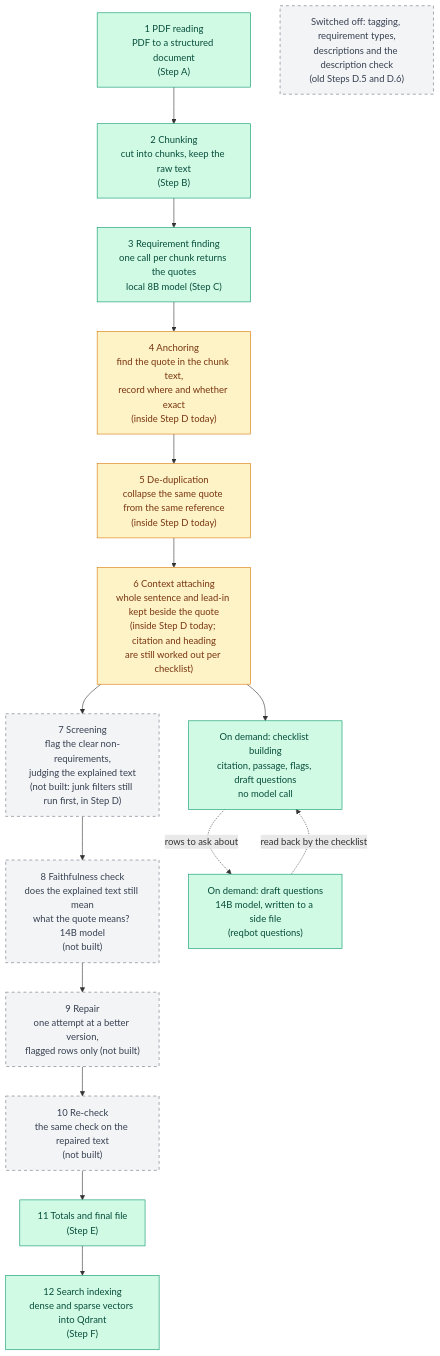
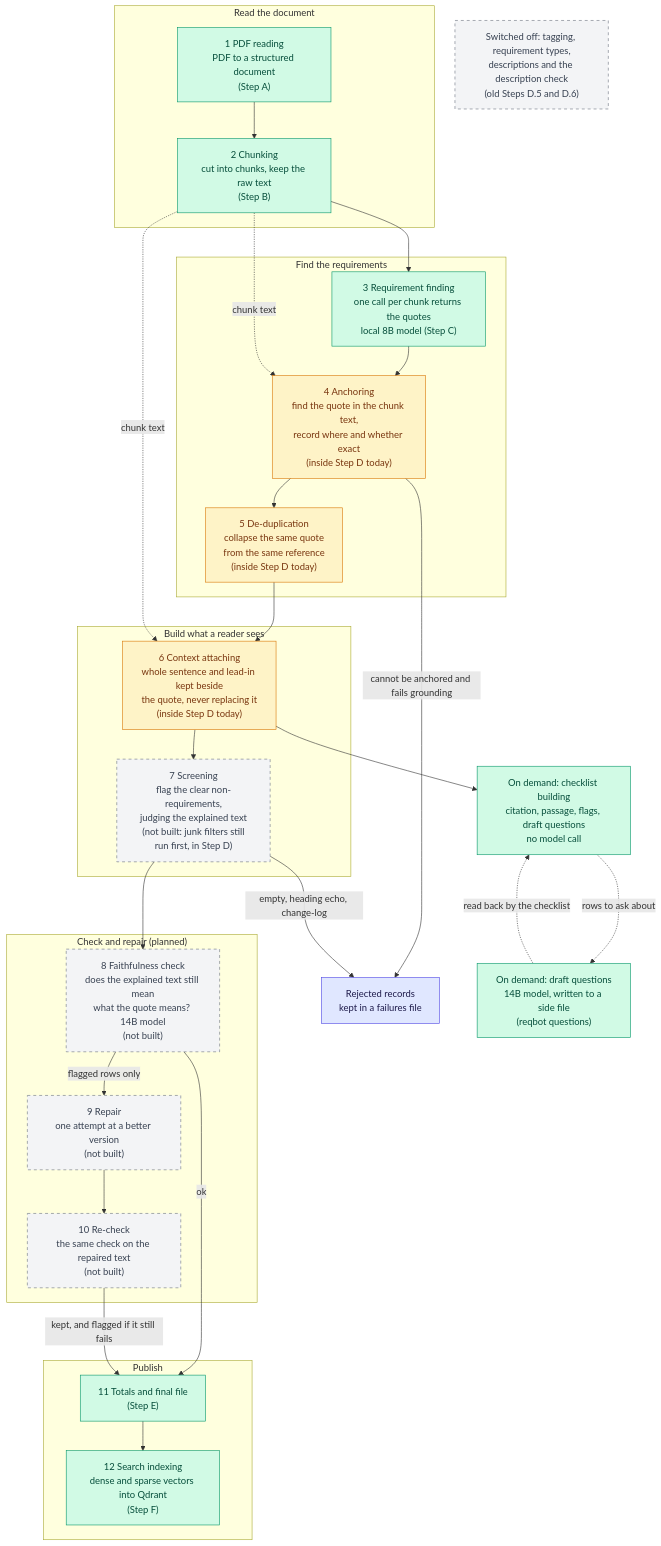
The first of 2 diagrams in docs/ARCHITECTURE.md (TylerGRClark/ReqBot), drawn with Mermaid before and after one commit. The commit also changed other lines of this file, not shown here.

Commit message:
docs(architecture): show the branches in the pipeline chart: phases, chunk text feeding two steps, rejected records, the repair path
The plan is sequential, so the chart read as one line. It now groups the steps into phases and draws what actually branches: the chunk text read by anchoring and context attaching, records set aside as rejected (cannot be anchored and fails grounding; empty, heading echo, change-log), and only flagged rows going through repair and re-check.

````diff
--- a/docs/ARCHITECTURE.md
+++ b/docs/ARCHITECTURE.md
@@ -49,30 +51,58 @@
 ```mermaid
 flowchart TD
-    N1["1 PDF reading<br/>PDF to a structured document<br/>(Step A)"]
-    N2["2 Chunking<br/>cut into chunks, keep the raw text<br/>(Step B)"]
-    N3["3 Requirement finding<br/>one call per chunk returns the quotes<br/>local 8B model (Step C)"]
-    N4["4 Anchoring<br/>find the quote in the chunk text,<br/>record where and whether exact<br/>(inside Step D today)"]
-    N5["5 De-duplication<br/>collapse the same quote from the same reference<br/>(inside Step D today)"]
-    N6["6 Context attaching<br/>whole sentence and lead-in kept beside the quote<br/>(inside Step D today; citation and heading<br/>are still worked out per checklist)"]
-    N7["7 Screening<br/>flag the clear non-requirements,<br/>judging the explained text<br/>(not built: junk filters still run first, in Step D)"]
-    N8["8 Faithfulness check<br/>does the explained text still mean<br/>what the quote means? 14B model<br/>(not built)"]
-    N9["9 Repair<br/>one attempt at a better version,<br/>flagged rows only (not built)"]
-    N10["10 Re-check<br/>the same check on the repaired text<br/>(not built)"]
-    N11["11 Totals and final file<br/>(Step E)"]
-    N12["12 Search indexing<br/>dense and sparse vectors into Qdrant<br/>(Step F)"]
+    subgraph READ["Read the document"]
+        N1["1 PDF reading<br/>PDF to a structured document<br/>(Step A)"]
+        N2["2 Chunking<br/>cut into chunks, keep the raw text<br/>(Step B)"]
+    end
+    subgraph FIND["Find the requirements"]
+        N3["3 Requirement finding<br/>one call per chunk returns the quotes<br/>local 8B model (Step C)"]
+        N4["4 Anchoring<br/>find the quote in the chunk text,<br/>record where and whether exact<br/>(inside Step D today)"]
+        N5["5 De-duplication<br/>collapse the same quote<br/>from the same reference<br/>(inside Step D today)"]
+    end
+    subgraph BUILD["Build what a reader sees"]
+        N6["6 Context attaching<br/>whole sentence and lead-in kept beside<br/>the quote, never replacing it<br/>(inside Step D today)"]
+        N7["7 Screening<br/>flag the clear non-requirements,<br/>judging the explained text<br/>(not built: junk filters still<br/>run first, in Step D)"]
+    end
+    subgraph CHECK["Check and repair (planned)"]
+        N8["8 Faithfulness check<br/>does the explained text still mean<br/>what the quote means? 14B model<br/>(not built)"]
+        N9["9 Repair<br/>one attempt at a better version<br/>(not built)"]
+        N10["10 Re-check<br/>the same check on the repaired text<br/>(not built)"]
+    end
+    subgraph PUBLISH["Publish"]
+        N11["11 Totals and final file<br/>(Step E)"]
+        N12["12 Search indexing<br/>dense and sparse vectors into Qdrant<br/>(Step F)"]
+    end
+    FAIL["Rejected records<br/>kept in a failures file"]
     CL["On demand: checklist building<br/>citation, passage, flags, draft questions<br/>no model call"]
     DQ["On demand: draft questions<br/>14B model, written to a side file<br/>(reqbot questions)"]
     OFF["Switched off: tagging, requirement types,<br/>descriptions and the description check<br/>(old Steps D.5 and D.6)"]
 
-    N1 --> N2 --> N3 --> N4 --> N5 --> N6 --> N7 --> N8 --> N9 --> N10 --> N11 --> N12
+    N1 --> N2
+    N2 --> N3
+    N3 --> N4
+    N4 --> N5
+    N5 --> N6
+    N6 --> N7
+    N7 --> N8
+    N2 -.->|"chunk text"| N4
+    N2 -.->|"chunk text"| N6
+    N4 -->|"cannot be anchored and fails grounding"| FAIL
+    N7 -->|"empty, heading echo, change-log"| FAIL
+    N8 -->|"ok"| N11
+    N8 -->|"flagged rows only"| N9
+    N9 --> N10
+    N10 -->|"kept, and flagged if it still fails"| N11
+    N11 --> N12
     N6 --> CL
     CL -.->|"rows to ask about"| DQ
     DQ -.->|"read back by the checklist"| CL
 
     classDef built fill:#d1fae5,stroke:#059669,color:#064e3b;
     classDef inside fill:#fef3c7,stroke:#d97706,color:#78350f;
     classDef planned fill:#f3f4f6,stroke:#6b7280,color:#374151,stroke-dasharray: 5 5;
+    classDef side fill:#e0e7ff,stroke:#4f46e5,color:#1e1b4b;
     class N1,N2,N3,N11,N12,CL,DQ built;
     class N4,N5,N6 inside;
     class N7,N8,N9,N10,OFF planned;
+    class FAIL side;
 ```
````
